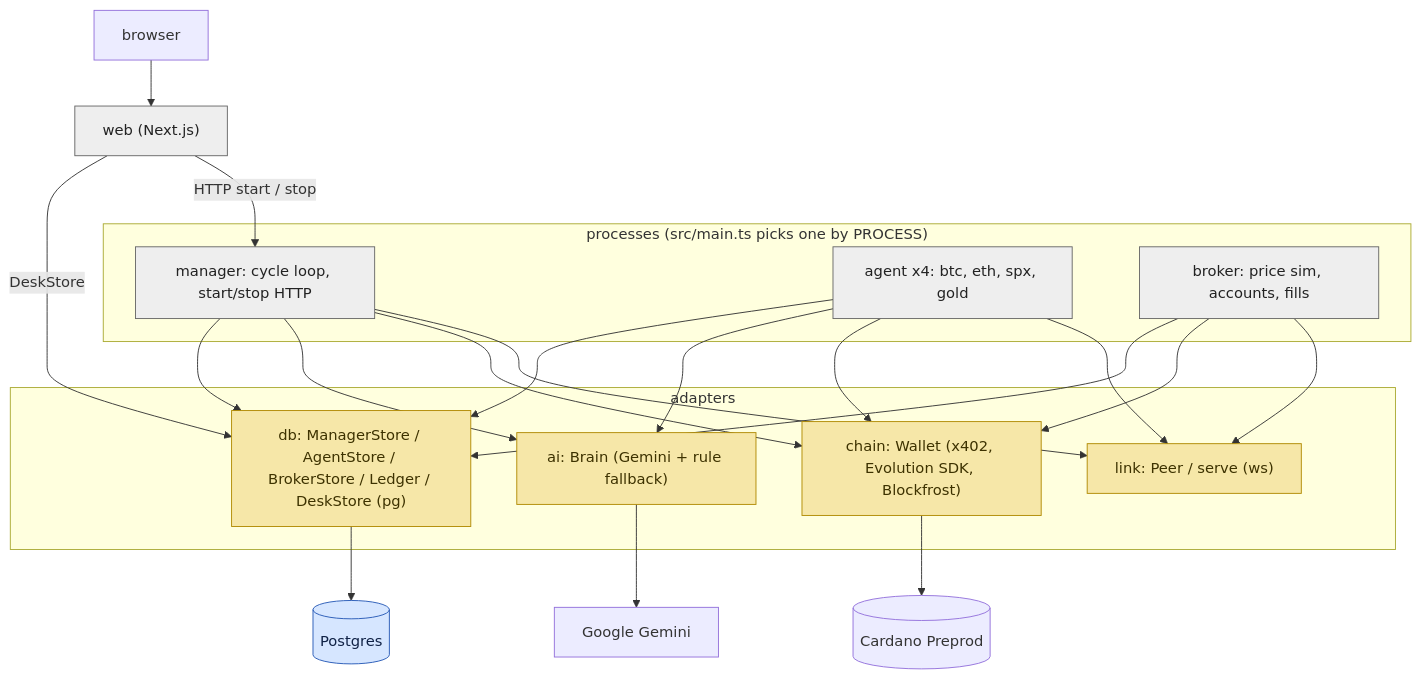
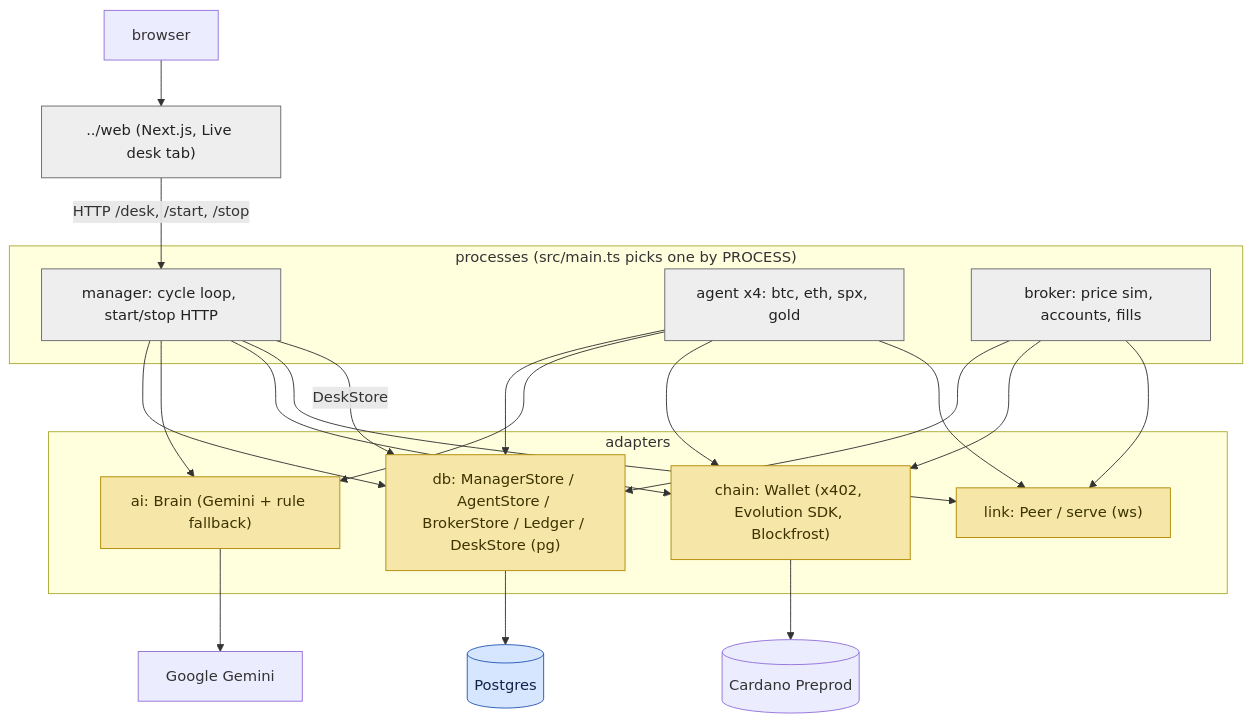
Before and after one commit to littlewhywhat/hedge-agents: the first of 2 diagrams in poc/LAYERS.md, drawn with Mermaid. The commit also changed other lines of this file and 35 other files, not shown here.

Commit message:
Add Live desk tab to the temka console; livelier desk and bolder manager allocation.

````diff
--- a/poc/LAYERS.md
+++ b/poc/LAYERS.md
@@ -5,43 +5,43 @@
 ```mermaid
 flowchart TB
   browser[browser] --> web
 
   subgraph processes["processes (src/main.ts picks one by PROCESS)"]
     manager["manager: cycle loop, start/stop HTTP"]
     agent["agent x4: btc, eth, spx, gold"]
     broker["broker: price sim, accounts, fills"]
   end
 
   subgraph adapters["adapters"]
     link["link: Peer / serve (ws)"]
     chain["chain: Wallet (x402, Evolution SDK, Blockfrost)"]
     ai["ai: Brain (Gemini + rule fallback)"]
     db["db: ManagerStore / AgentStore / BrokerStore / Ledger / DeskStore (pg)"]
   end
 
-  web["web (Next.js)"] -->|HTTP start / stop| manager
-  web -->|DeskStore| db
+  web["../web (Next.js, Live desk tab)"] -->|HTTP /desk, /start, /stop| manager
+  manager -->|DeskStore| db
 
   manager --> link
   agent --> link
   broker --> link
   manager --> chain
   agent --> chain
   broker --> chain
   manager --> ai
   agent --> ai
   manager --> db
   agent --> db
   broker --> db
 
   chain --> cardano[(Cardano Preprod)]
   ai --> gemini[Google Gemini]
   db --> pg[(Postgres)]
 
   classDef process fill:#eeeeee,stroke:#666666,color:#222222
   classDef adapter fill:#f6e7a8,stroke:#b08900,color:#3d3200
   classDef store fill:#d6e6ff,stroke:#2458b5,color:#102246
   class manager,agent,broker,web process
   class link,chain,ai,db adapter
   class pg store
 ```
````
